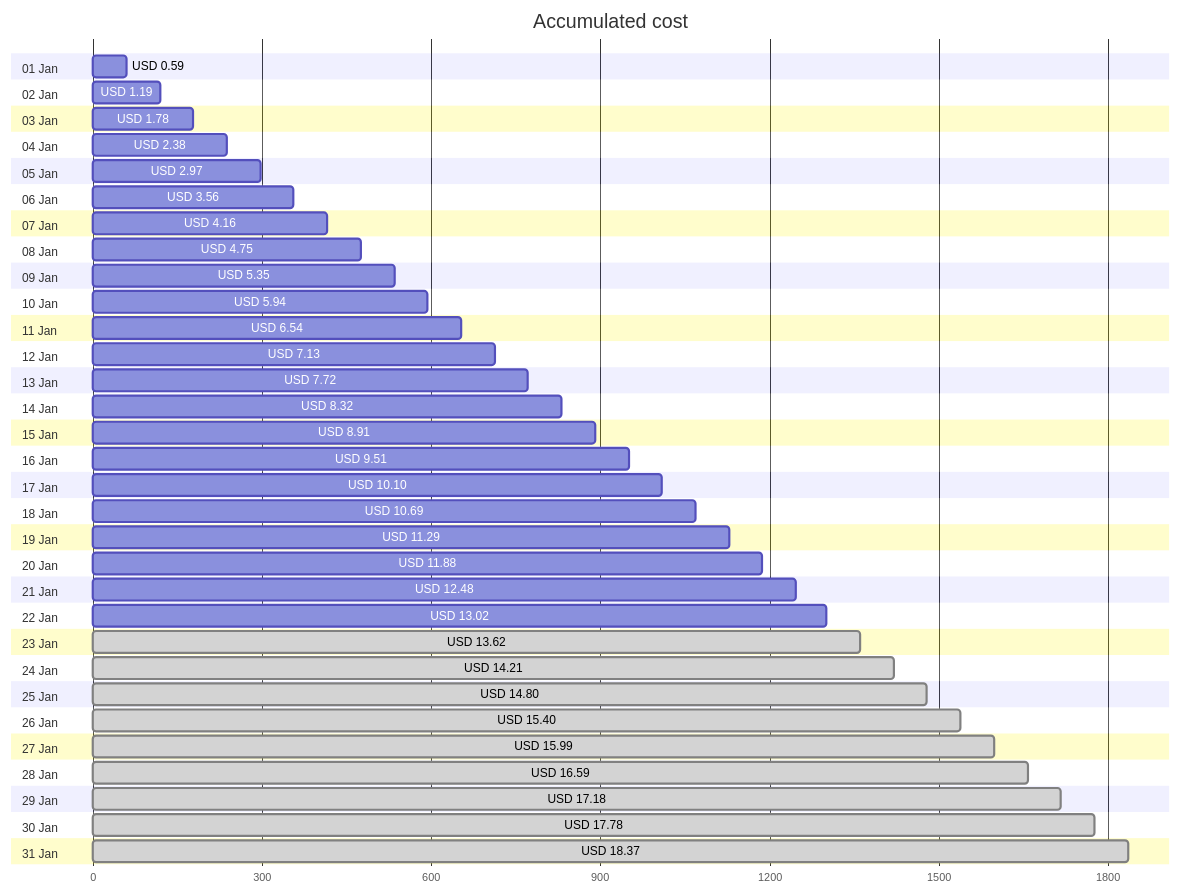
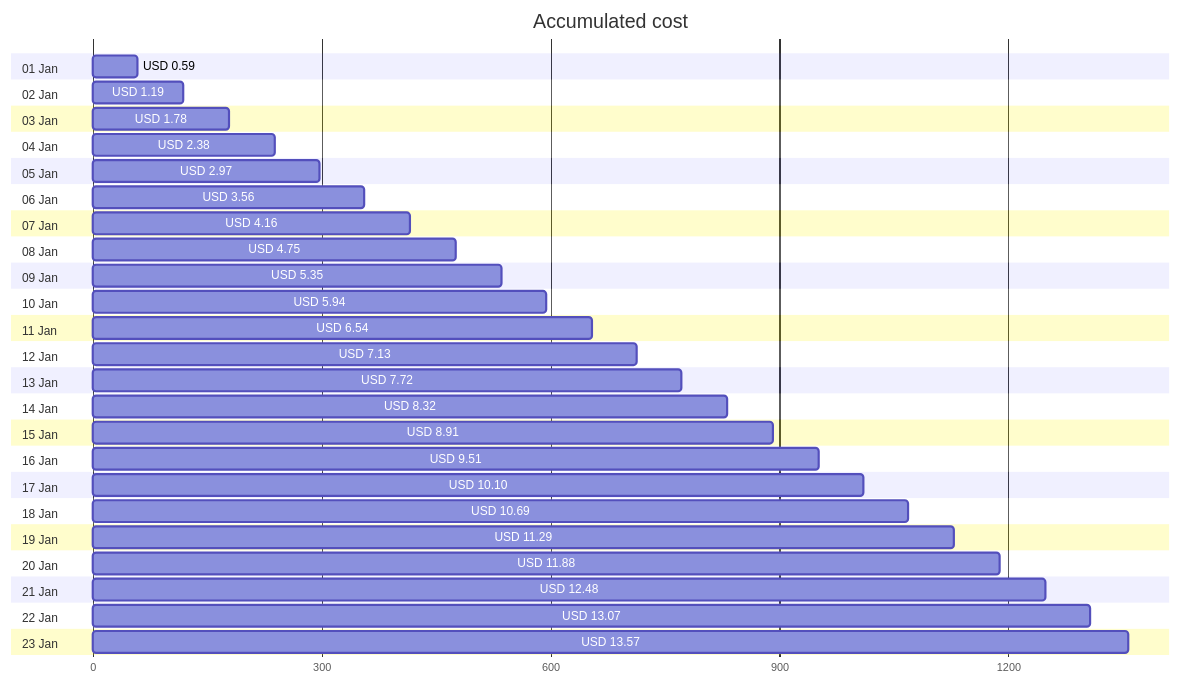
One commit to jpfulton/azure-personal-reports changed the first of 4 diagrams in cost-reports/personal-site/README.md. Above: the diagram before and after it, drawn with Mermaid. The commit also changed other lines of this file and 6 other files, not shown here.

````diff
--- a/cost-reports/personal-site/README.md
+++ b/cost-reports/personal-site/README.md
@@ -20,68 +20,52 @@
 ```mermaid
 gantt
    title Accumulated cost
    dateFormat  X
    axisFormat %s
    section 01 Jan
    USD 0.59 :0, 59
    section 02 Jan
    USD 1.19 :0, 119
    section 03 Jan
    USD 1.78 :0, 178
    section 04 Jan
    USD 2.38 :0, 238
    section 05 Jan
    USD 2.97 :0, 297
    section 06 Jan
    USD 3.56 :0, 356
    section 07 Jan
    USD 4.16 :0, 416
    section 08 Jan
    USD 4.75 :0, 475
    section 09 Jan
    USD 5.35 :0, 535
    section 10 Jan
    USD 5.94 :0, 594
    section 11 Jan
    USD 6.54 :0, 654
    section 12 Jan
    USD 7.13 :0, 713
    section 13 Jan
    USD 7.72 :0, 772
    section 14 Jan
    USD 8.32 :0, 832
    section 15 Jan
    USD 8.91 :0, 891
    section 16 Jan
    USD 9.51 :0, 951
    section 17 Jan
    USD 10.10 :0, 1010
    section 18 Jan
    USD 10.69 :0, 1069
    section 19 Jan
    USD 11.29 :0, 1129
    section 20 Jan
    USD 11.88 :0, 1188
    section 21 Jan
    USD 12.48 :0, 1248
    section 22 Jan
-   USD 13.02 :0, 1302
+   USD 13.07 :0, 1307
    section 23 Jan
-   USD 13.62 : done, 0, 1362
-   section 24 Jan
-   USD 14.21 : done, 0, 1421
-   section 25 Jan
-   USD 14.80 : done, 0, 1480
-   section 26 Jan
-   USD 15.40 : done, 0, 1540
-   section 27 Jan
-   USD 15.99 : done, 0, 1599
-   section 28 Jan
-   USD 16.59 : done, 0, 1659
-   section 29 Jan
-   USD 17.18 : done, 0, 1718
-   section 30 Jan
-   USD 17.78 : done, 0, 1778
-   section 31 Jan
-   USD 18.37 : done, 0, 1837
+   USD 13.57 :0, 1357
 ```
````
